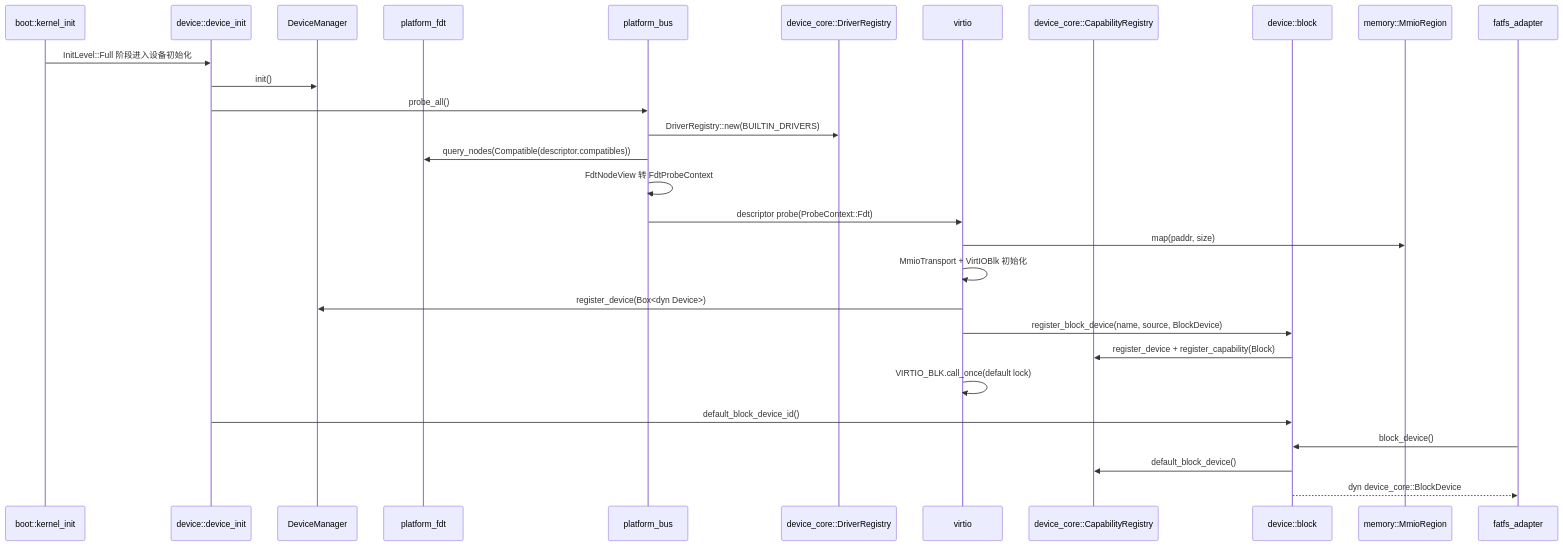
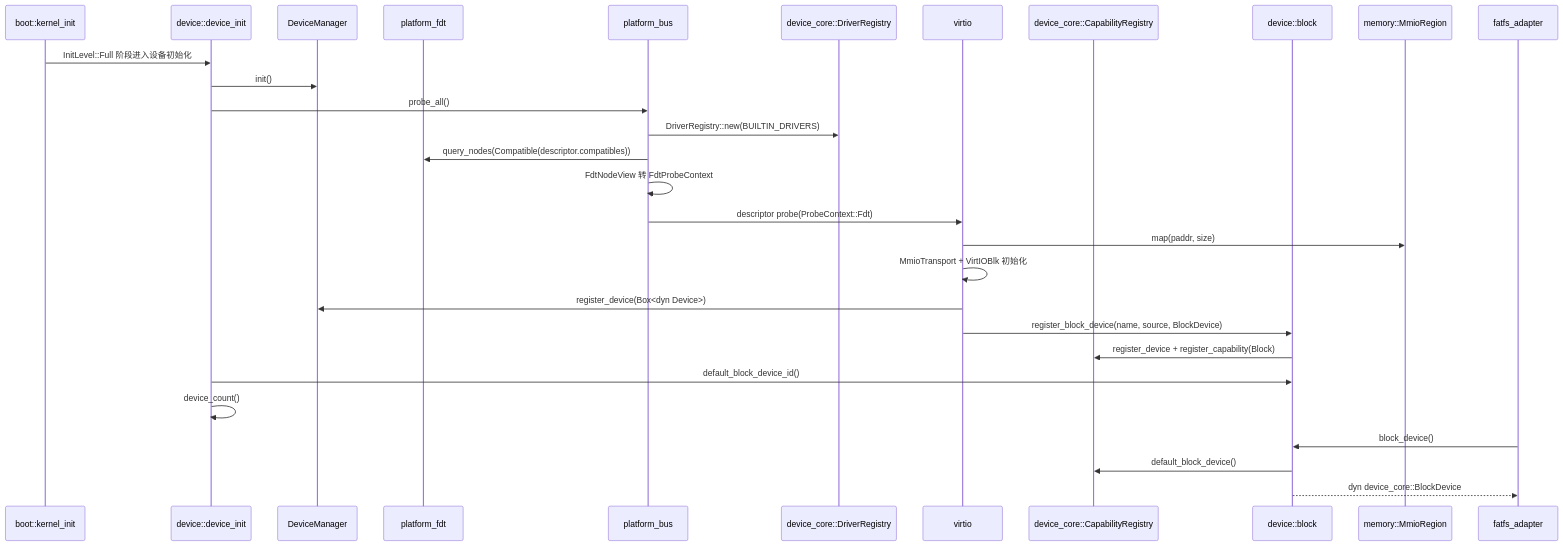
Before and after one commit to MRNIU/SimpleKernel: the diagram in docs/design/device-subsystem-current.md, drawn with Mermaid. The commit also changed other lines of this file and 9 other files, not shown here.

````diff
--- a/docs/design/device-subsystem-current.md
+++ b/docs/design/device-subsystem-current.md
@@ -35,32 +36,32 @@
 ```mermaid
 sequenceDiagram
   participant Boot as boot::kernel_init
   participant Device as device::device_init
   participant Manager as DeviceManager
   participant Fdt as platform_fdt
   participant Bus as platform_bus
   participant Registry as device_core::DriverRegistry
   participant Virtio as virtio
   participant Capability as device_core::CapabilityRegistry
   participant Block as device::block
   participant Memory as memory::MmioRegion
   participant Fs as fatfs_adapter
 
   Boot->>Device: InitLevel::Full 阶段进入设备初始化
   Device->>Manager: init()
   Device->>Bus: probe_all()
   Bus->>Registry: DriverRegistry::new(BUILTIN_DRIVERS)
   Bus->>Fdt: query_nodes(Compatible(descriptor.compatibles))
   Bus->>Bus: FdtNodeView 转 FdtProbeContext
   Bus->>Virtio: descriptor probe(ProbeContext::Fdt)
   Virtio->>Memory: map(paddr, size)
   Virtio->>Virtio: MmioTransport + VirtIOBlk 初始化
   Virtio->>Manager: register_device(Box<dyn Device>)
   Virtio->>Block: register_block_device(name, source, BlockDevice)
   Block->>Capability: register_device + register_capability(Block)
-  Virtio->>Virtio: VIRTIO_BLK.call_once(default lock)
   Device->>Block: default_block_device_id()
+  Device->>Device: device_count()
   Fs->>Block: block_device()
   Block->>Capability: default_block_device()
   Block-->>Fs: dyn device_core::BlockDevice
 ```
````
